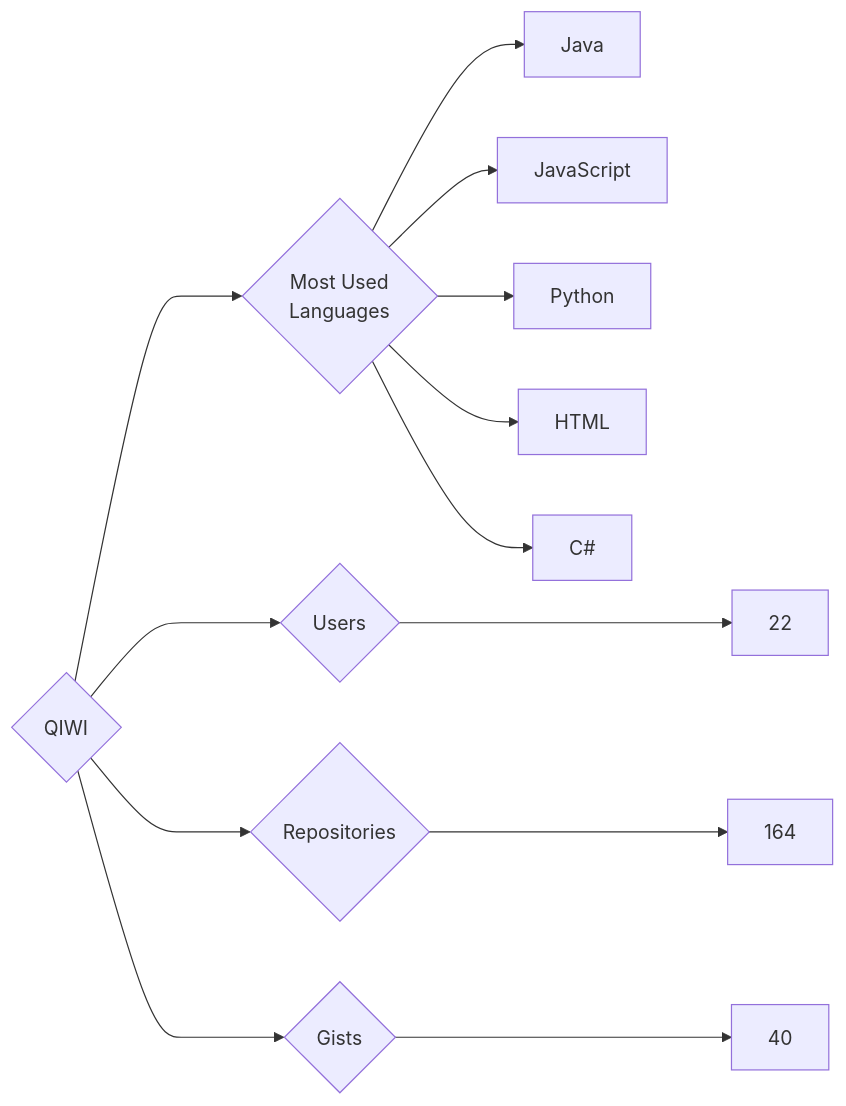
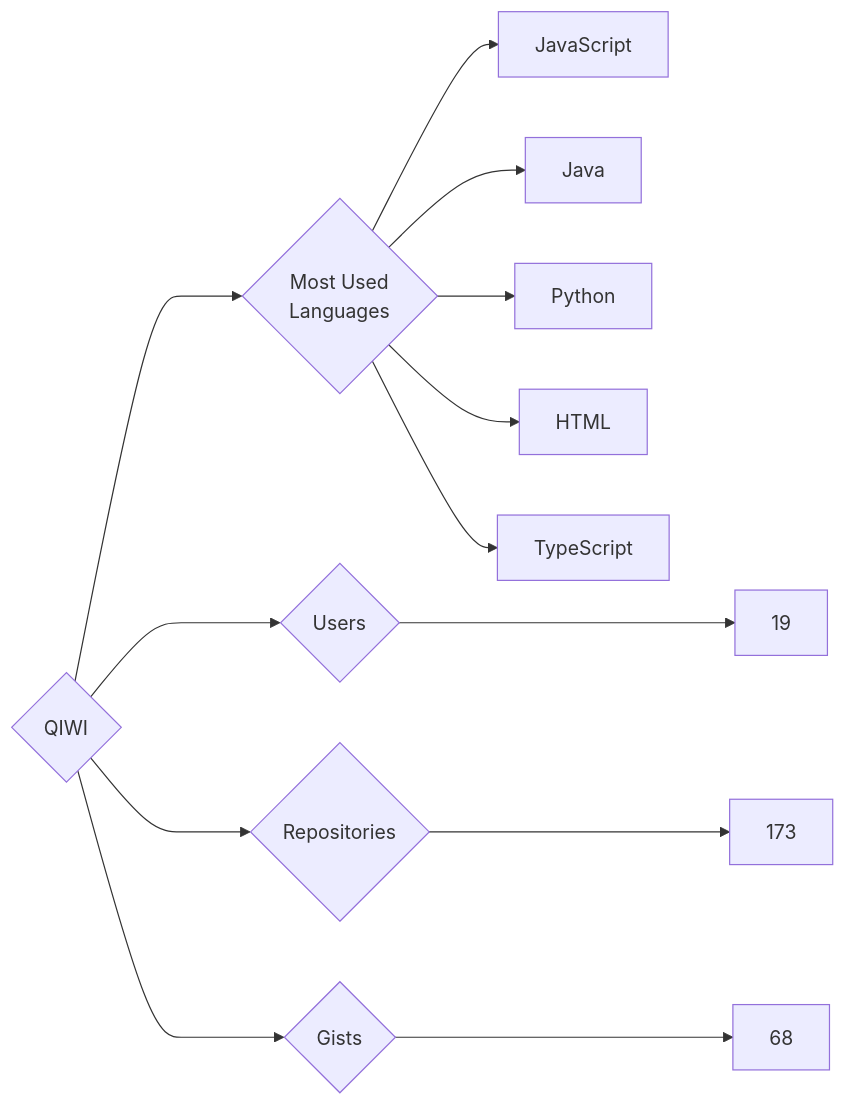
Before and after one commit to trickest/insiders: the diagram in targets/QIWI/README.md, drawn with Mermaid. The commit also changed 940 other files, not shown here.

````diff
--- a/targets/QIWI/README.md
+++ b/targets/QIWI/README.md
@@ -3,13 +3,13 @@
 ```mermaid
 graph LR
 COMPANY_NAME{QIWI}
-COMPANY_NAME ---> U{Users} ---> UN[22]
-COMPANY_NAME ---> R{Repositories} ---> RN[164]
-COMPANY_NAME ---> G{Gists} ---> GN[40]
+COMPANY_NAME ---> U{Users} ---> UN[19]
+COMPANY_NAME ---> R{Repositories} ---> RN[173]
+COMPANY_NAME ---> G{Gists} ---> GN[68]
 COMPANY_NAME ---> ML{Most Used<br>Languages}
+ML --> JavaScript[JavaScript]
 ML --> Java[Java]
-ML --> JavaScript[JavaScript]
 ML --> Python[Python]
 ML --> HTML[HTML]
-ML --> C#[C#]
+ML --> TypeScript[TypeScript]
 ```
````
